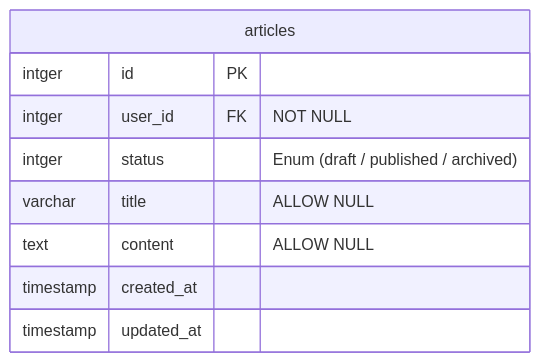
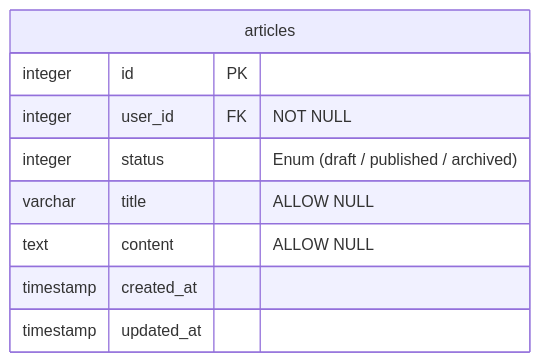
One commit to sloppybook/zenn changed the fifth of 5 diagrams in articles/57f2197681b2e2.md. Above: the diagram before and after it, drawn with Mermaid. The commit also changed other lines of this file, not shown here.

````diff
--- a/articles/57f2197681b2e2.md
+++ b/articles/57f2197681b2e2.md
@@ -172,13 +172,13 @@
 ```mermaid
 erDiagram
   articles {
-    intger id PK
-    intger user_id FK "NOT NULL"
-    intger status "Enum (draft / published / archived)"
+    integer id PK
+    integer user_id FK "NOT NULL"
+    integer status "Enum (draft / published / archived)"
     varchar title "ALLOW NULL"
     text content "ALLOW NULL"
     timestamp created_at
     timestamp updated_at
   }
 
 ```
````
